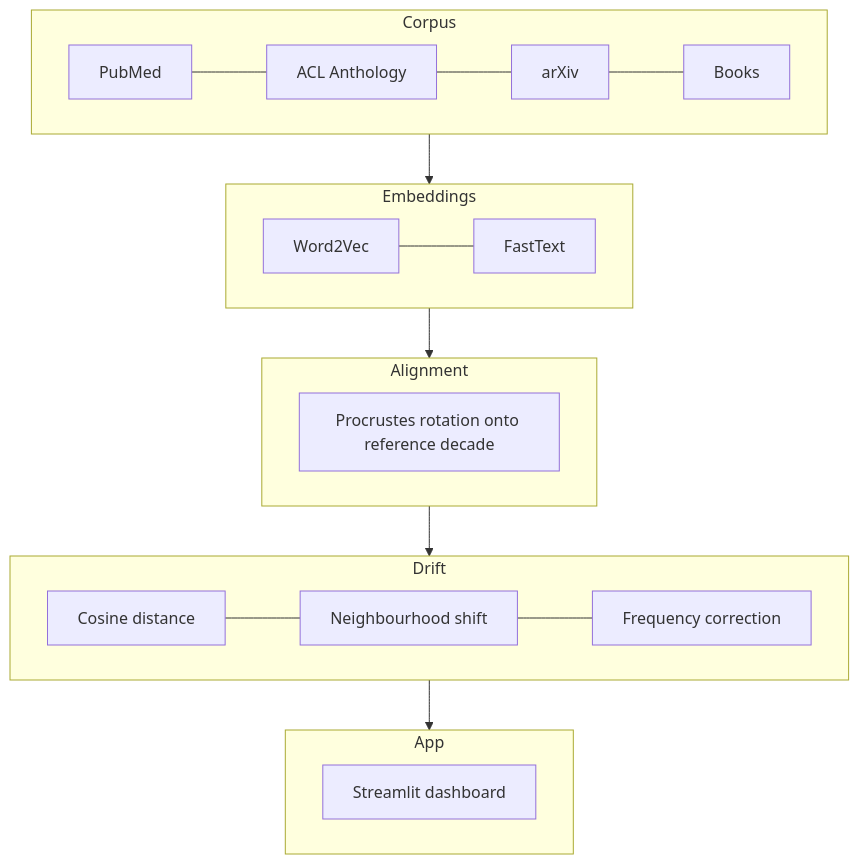
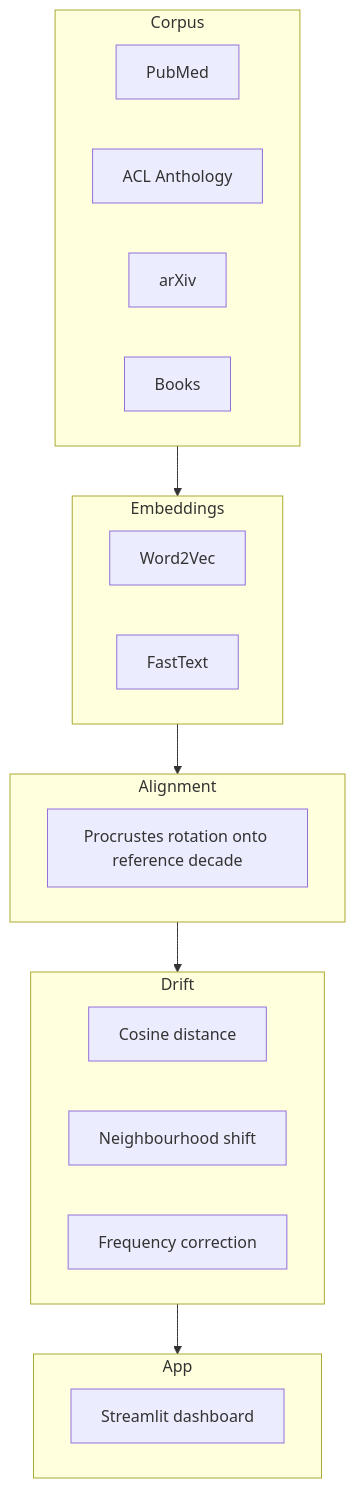
One commit to Dovalization/interpretant changed the diagram in README.md. Above: the diagram before and after it, drawn with Mermaid.

Commit message:
docs(readme): remove intra-subgraph edges

````diff
--- a/README.md
+++ b/README.md
@@ -52,29 +52,29 @@
 ```mermaid
 flowchart TD
     subgraph corpus["Corpus"]
         direction LR
-        C1[PubMed] --- C2[ACL Anthology] --- C3[arXiv] --- C4[Books]
+        C1[PubMed] & C2[ACL Anthology] & C3[arXiv] & C4[Books]
     end
 
     subgraph embed["Embeddings"]
         direction LR
-        E1[Word2Vec] --- E2[FastText]
+        E1[Word2Vec] & E2[FastText]
     end
 
     subgraph align["Alignment"]
         direction LR
         A1[Procrustes rotation onto reference decade]
     end
 
     subgraph drift["Drift"]
         direction LR
-        D1[Cosine distance] --- D2[Neighbourhood shift] --- D3[Frequency correction]
+        D1[Cosine distance] & D2[Neighbourhood shift] & D3[Frequency correction]
     end
 
     subgraph app["App"]
         direction LR
         P1[Streamlit dashboard]
     end
 
     corpus --> embed --> align --> drift --> app
 ```
````
